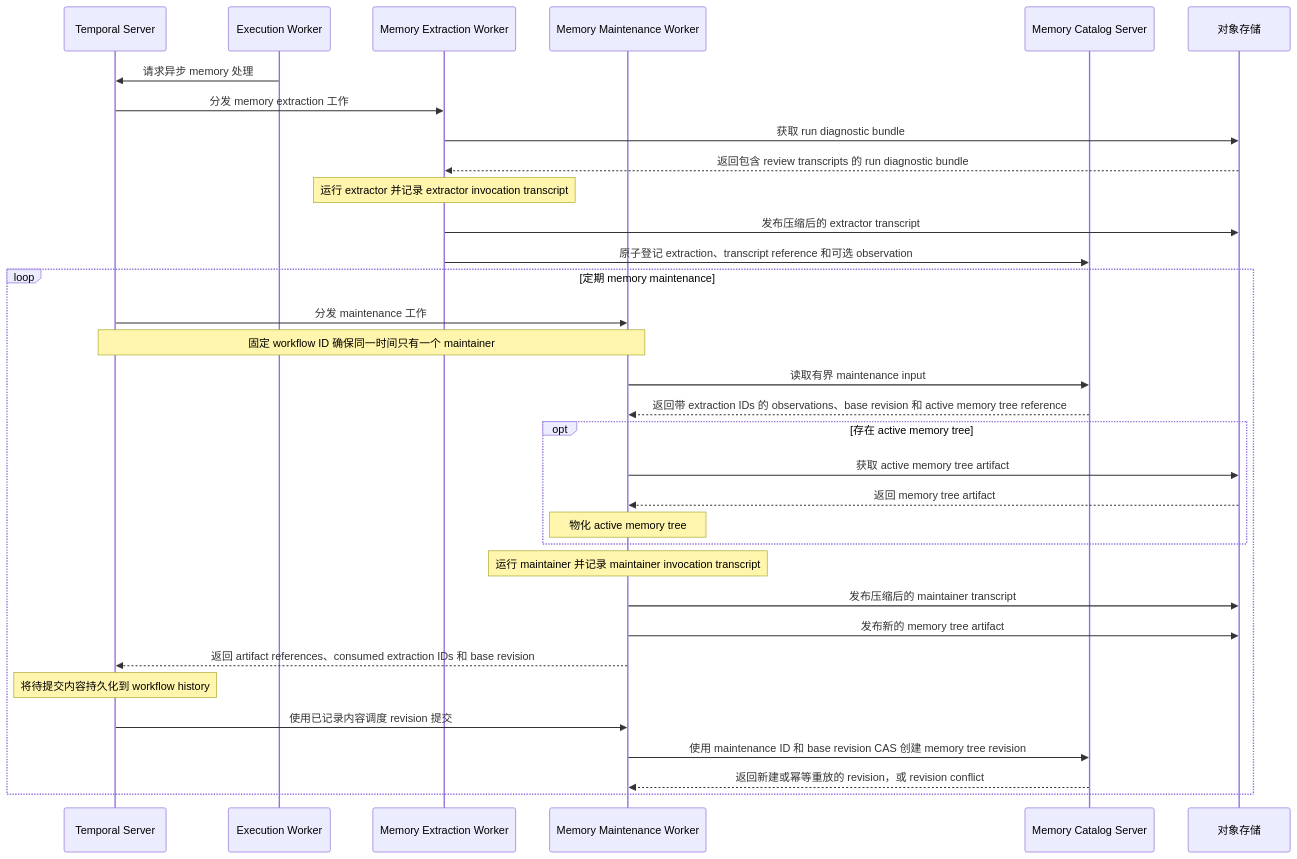
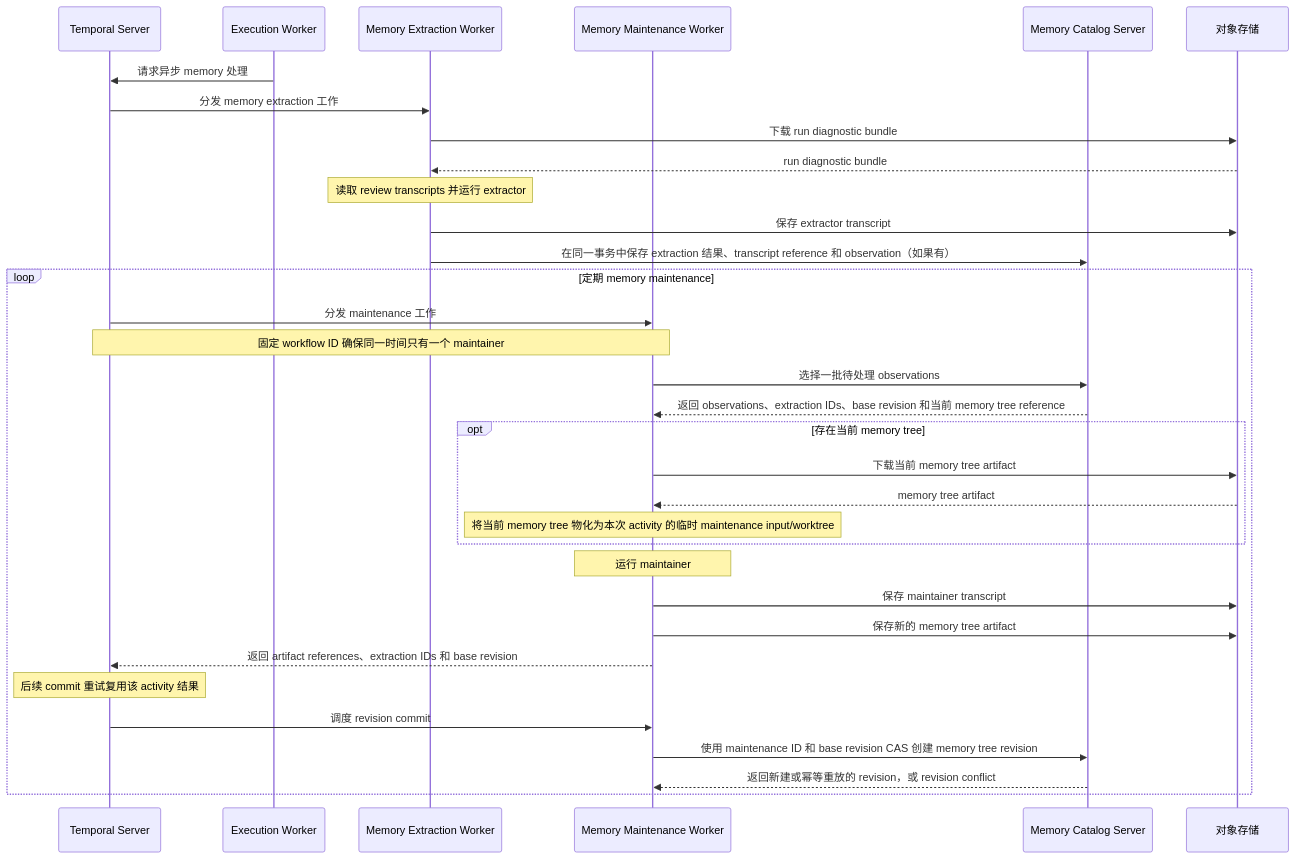
Before and after one commit to Agent-AI-Chalmers/sec-review-bot: the second of 2 diagrams in docs/architecture/SYSTEM_ARCHITECTURE.zh.md, drawn with Mermaid. The commit also changed other lines of this file and 10 other files, not shown here.

````diff
--- a/docs/architecture/SYSTEM_ARCHITECTURE.zh.md
+++ b/docs/architecture/SYSTEM_ARCHITECTURE.zh.md
@@ -66,36 +68,36 @@
 ```mermaid
 sequenceDiagram
   participant Temporal as Temporal Server
   participant ExecutionWorker as Execution Worker
   participant ExtractionWorker as Memory Extraction Worker
   participant MaintenanceWorker as Memory Maintenance Worker
   participant Catalog as Memory Catalog Server
   participant Storage as 对象存储
 
   ExecutionWorker->>Temporal: 请求异步 memory 处理
   Temporal->>ExtractionWorker: 分发 memory extraction 工作
-  ExtractionWorker->>Storage: 获取 run diagnostic bundle
-  Storage-->>ExtractionWorker: 返回包含 review transcripts 的 run diagnostic bundle
-  Note over ExtractionWorker: 运行 extractor 并记录 extractor invocation transcript
-  ExtractionWorker->>Storage: 发布压缩后的 extractor transcript
-  ExtractionWorker->>Catalog: 原子登记 extraction、transcript reference 和可选 observation
+  ExtractionWorker->>Storage: 下载 run diagnostic bundle
+  Storage-->>ExtractionWorker: run diagnostic bundle
+  Note over ExtractionWorker: 读取 review transcripts 并运行 extractor
+  ExtractionWorker->>Storage: 保存 extractor transcript
+  ExtractionWorker->>Catalog: 在同一事务中保存 extraction 结果、transcript reference 和 observation（如果有）
   loop 定期 memory maintenance
     Temporal->>MaintenanceWorker: 分发 maintenance 工作
     Note over Temporal,MaintenanceWorker: 固定 workflow ID 确保同一时间只有一个 maintainer
-    MaintenanceWorker->>Catalog: 读取有界 maintenance input
-    Catalog-->>MaintenanceWorker: 返回带 extraction IDs 的 observations、base revision 和 active memory tree reference
-    opt 存在 active memory tree
-      MaintenanceWorker->>Storage: 获取 active memory tree artifact
-      Storage-->>MaintenanceWorker: 返回 memory tree artifact
-      Note over MaintenanceWorker: 物化 active memory tree
+    MaintenanceWorker->>Catalog: 选择一批待处理 observations
+    Catalog-->>MaintenanceWorker: 返回 observations、extraction IDs、base revision 和当前 memory tree reference
+    opt 存在当前 memory tree
+      MaintenanceWorker->>Storage: 下载当前 memory tree artifact
+      Storage-->>MaintenanceWorker: memory tree artifact
+      Note over MaintenanceWorker: 将当前 memory tree 物化为本次 activity 的临时 maintenance input/worktree
     end
-    Note over MaintenanceWorker: 运行 maintainer 并记录 maintainer invocation transcript
-    MaintenanceWorker->>Storage: 发布压缩后的 maintainer transcript
-    MaintenanceWorker->>Storage: 发布新的 memory tree artifact
-    MaintenanceWorker-->>Temporal: 返回 artifact references、consumed extraction IDs 和 base revision
-    Note over Temporal: 将待提交内容持久化到 workflow history
-    Temporal->>MaintenanceWorker: 使用已记录内容调度 revision 提交
+    Note over MaintenanceWorker: 运行 maintainer
+    MaintenanceWorker->>Storage: 保存 maintainer transcript
+    MaintenanceWorker->>Storage: 保存新的 memory tree artifact
+    MaintenanceWorker-->>Temporal: 返回 artifact references、extraction IDs 和 base revision
+    Note over Temporal: 后续 commit 重试复用该 activity 结果
+    Temporal->>MaintenanceWorker: 调度 revision commit
     MaintenanceWorker->>Catalog: 使用 maintenance ID 和 base revision CAS 创建 memory tree revision
     Catalog-->>MaintenanceWorker: 返回新建或幂等重放的 revision，或 revision conflict
   end
 ```
````
